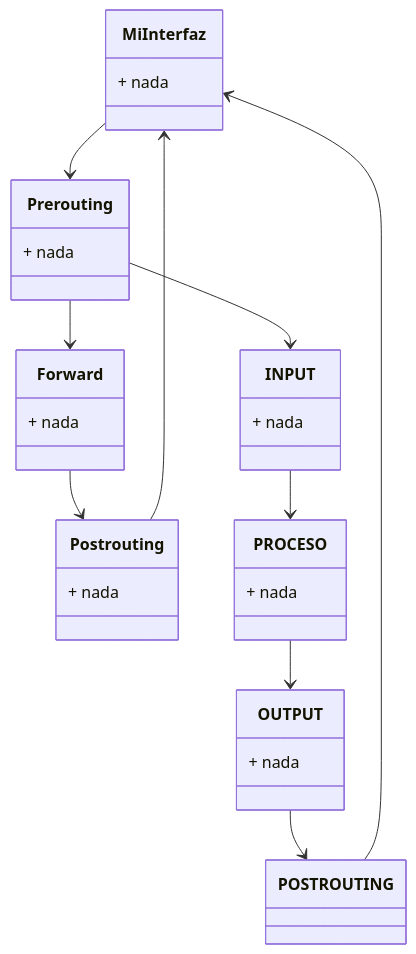
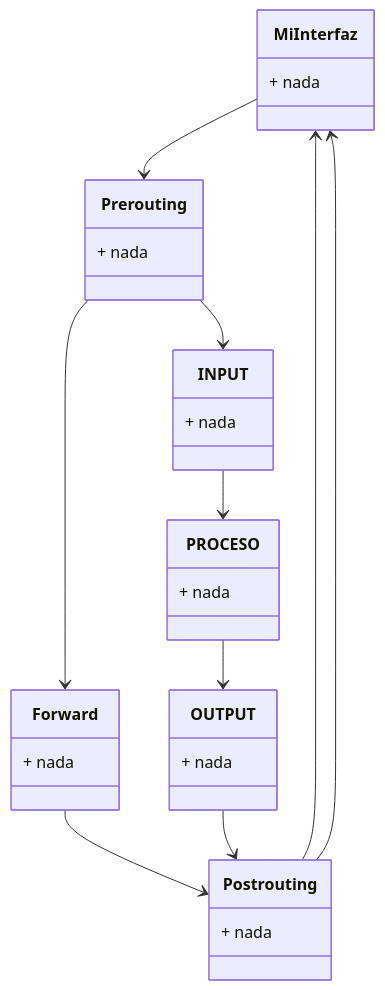
One commit to bvarelai/LSI changed the diagram in Apuntes/apuntes.md. Above: the diagram before and after it, drawn with Mermaid.

````diff
--- a/Apuntes/apuntes.md
+++ b/Apuntes/apuntes.md
@@ -789,33 +789,33 @@
 ```mermaid
 classDiagram
     class MiInterfaz {
       + nada
     }
     class Prerouting {
       + nada
     }
     class Postrouting {
       + nada
     }
     class Forward {
       + nada
     }
     class INPUT {
       + nada
     }
     class OUTPUT {
       + nada
     }
     class PROCESO {
       + nada
     }
 MiInterfaz --> Prerouting
 Prerouting --> Forward
 Forward --> Postrouting
 Postrouting --> MiInterfaz
 Prerouting --> INPUT
 INPUT --> PROCESO
 PROCESO --> OUTPUT
-OUTPUT --> POSTROUTING
-POSTROUTING --> MiInterfaz
+OUTPUT --> Postrouting
+Postrouting --> MiInterfaz
 ```
````
